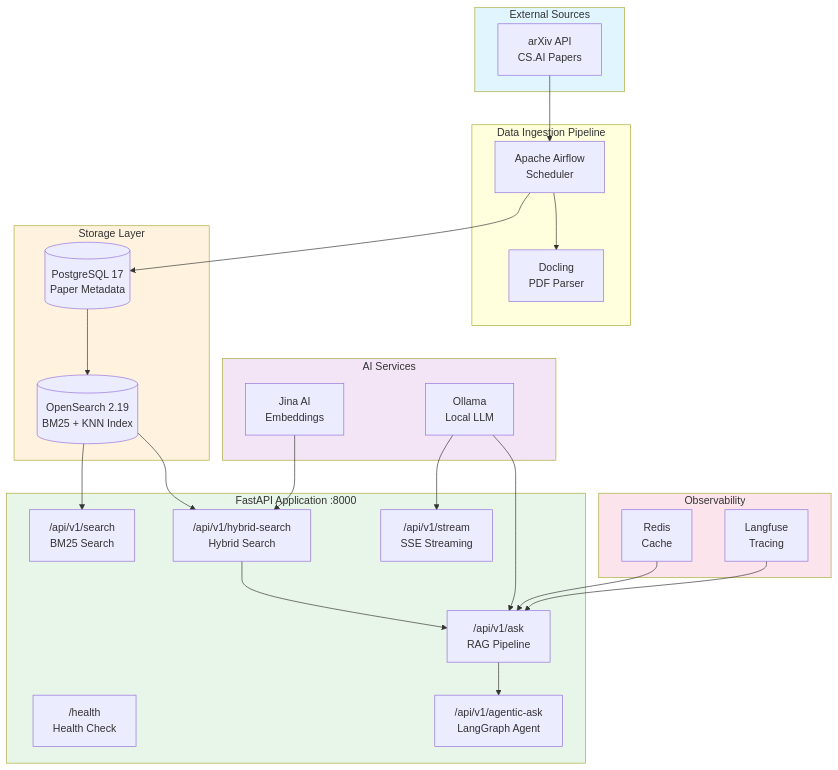
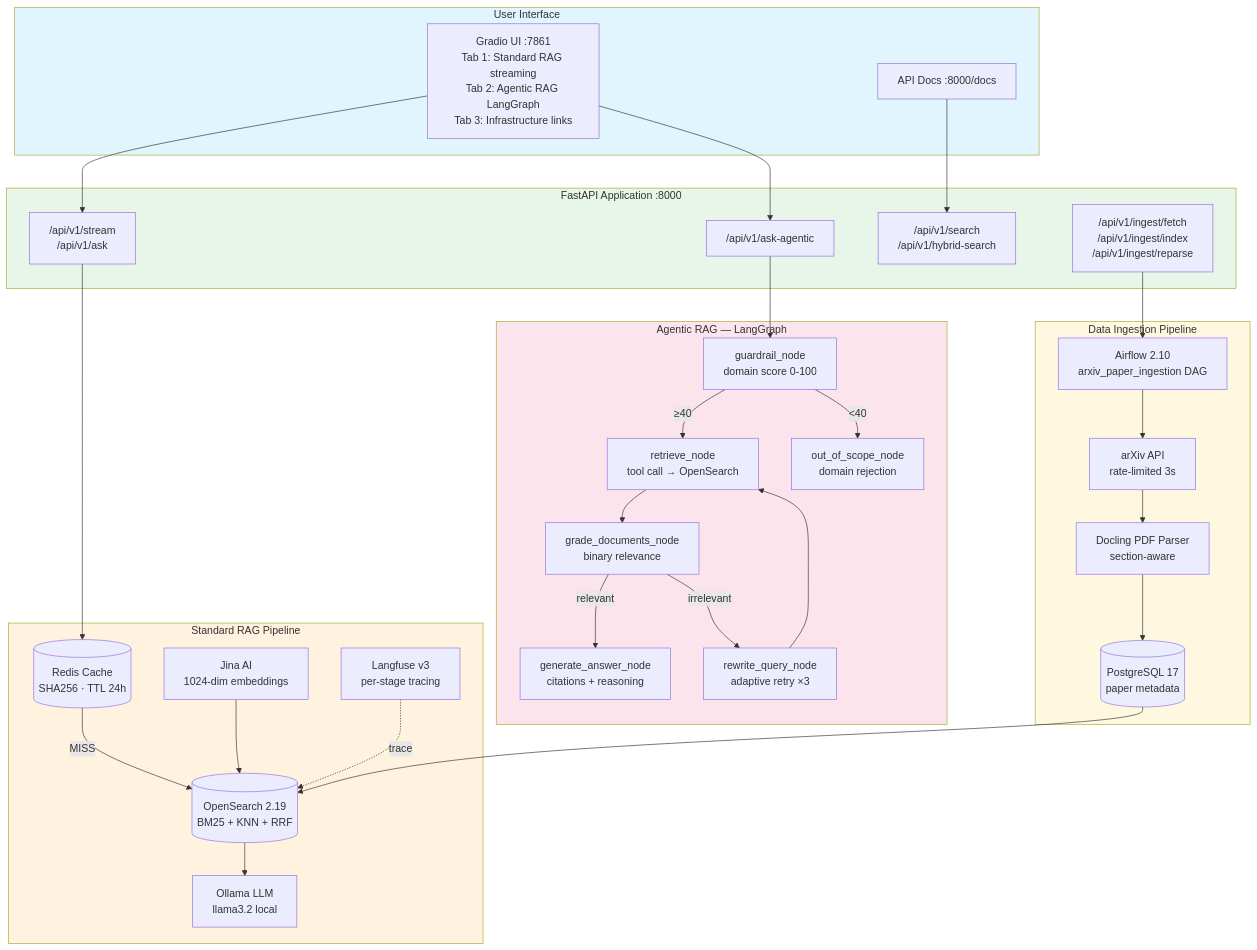
The first of 9 diagrams in README.md (nishantgaurav23/PaperAlchemy), drawn with Mermaid before and after one commit. The commit also changed other lines of this file and 15 other files, not shown here.

````diff
--- a/README.md
+++ b/README.md
@@ -35,55 +51,65 @@
 ```mermaid
 graph TB
-    subgraph External["External Sources"]
-        ArXiv[arXiv API<br/>CS.AI Papers]
+    subgraph UI["User Interface"]
+        Gradio[Gradio UI :7861<br/>Tab 1: Standard RAG streaming<br/>Tab 2: Agentic RAG LangGraph<br/>Tab 3: Infrastructure links]
+        Swagger[API Docs :8000/docs]
+    end
+
+    subgraph API["FastAPI Application :8000"]
+        Stream["/api/v1/stream<br/>/api/v1/ask"]
+        Agent["/api/v1/ask-agentic"]
+        Search["/api/v1/search<br/>/api/v1/hybrid-search"]
+        Ingest["/api/v1/ingest/fetch<br/>/api/v1/ingest/index<br/>/api/v1/ingest/reparse"]
+    end
+
+    subgraph RAG["Standard RAG Pipeline"]
+        Redis[(Redis Cache<br/>SHA256 · TTL 24h)]
+        OS[(OpenSearch 2.19<br/>BM25 + KNN + RRF)]
+        Jina[Jina AI<br/>1024-dim embeddings]
+        Ollama[Ollama LLM<br/>llama3.2 local]
+        Langfuse[Langfuse v3<br/>per-stage tracing]
+    end
+
+    subgraph Agent2["Agentic RAG — LangGraph"]
+        Guardrail[guardrail_node<br/>domain score 0-100]
+        Retrieve[retrieve_node<br/>tool call → OpenSearch]
+        Grade[grade_documents_node<br/>binary relevance]
+        Rewrite[rewrite_query_node<br/>adaptive retry ×3]
+        Generate[generate_answer_node<br/>citations + reasoning]
+        OOS[out_of_scope_node<br/>domain rejection]
     end
 
     subgraph Ingestion["Data Ingestion Pipeline"]
-        Airflow[Apache Airflow<br/>Scheduler]
-        Docling[Docling<br/>PDF Parser]
+        Airflow[Airflow 2.10<br/>arxiv_paper_ingestion DAG]
+        ArXiv[arXiv API<br/>rate-limited 3s]
+        Docling[Docling PDF Parser<br/>section-aware]
+        PG[(PostgreSQL 17<br/>paper metadata)]
     end
 
-    subgraph Storage["Storage Layer"]
-        PG[(PostgreSQL 17<br/>Paper Metadata)]
-        OS[(OpenSearch 2.19<br/>BM25 + KNN Index)]
-    end
+    Gradio --> Stream
+    Gradio --> Agent
+    Swagger --> Search
+    Stream --> Redis
+    Redis -->|MISS| OS
+    OS --> Ollama
+    Jina --> OS
+    Langfuse -.->|trace| OS
+    Agent --> Guardrail
+    Guardrail -->|≥40| Retrieve
+    Guardrail -->|<40| OOS
+    Retrieve --> Grade
+    Grade -->|relevant| Generate
+    Grade -->|irrelevant| Rewrite
+    Rewrite --> Retrieve
+    Airflow --> ArXiv
+    ArXiv --> Docling
+    Docling --> PG
+    PG --> OS
+    Ingest --> Airflow
 
-    subgraph API["FastAPI Application :8000"]
-        Health["/health<br/>Health Check"]
-        Search["/api/v1/search<br/>BM25 Search"]
-        HybridSearch["/api/v1/hybrid-search<br/>Hybrid Search"]
-        Ask["/api/v1/ask<br/>RAG Pipeline"]
-        Stream["/api/v1/stream<br/>SSE Streaming"]
-        Agent["/api/v1/agentic-ask<br/>LangGraph Agent"]
-    end
-
-    subgraph Services["AI Services"]
-        Ollama[Ollama<br/>Local LLM]
-        Jina[Jina AI<br/>Embeddings]
-    end
-
-    subgraph Monitoring["Observability"]
-        Redis[Redis<br/>Cache]
-        Langfuse[Langfuse<br/>Tracing]
-    end
-
-    ArXiv --> Airflow
-    Airflow --> Docling
-    Airflow --> PG
-    PG --> OS
-    OS --> Search
-    OS --> HybridSearch
-    Jina --> HybridSearch
-    HybridSearch --> Ask
-    Ollama --> Ask
-    Ollama --> Stream
-    Ask --> Agent
-    Redis --> Ask
-    Langfuse --> Ask
-
-    style External fill:#e1f5fe
-    style Storage fill:#fff3e0
+    style UI fill:#e1f5fe
     style API fill:#e8f5e9
-    style Services fill:#f3e5f5
-    style Monitoring fill:#fce4ec
+    style RAG fill:#fff3e0
+    style Agent2 fill:#fce4ec
+    style Ingestion fill:#fff8e1
 ```
````
